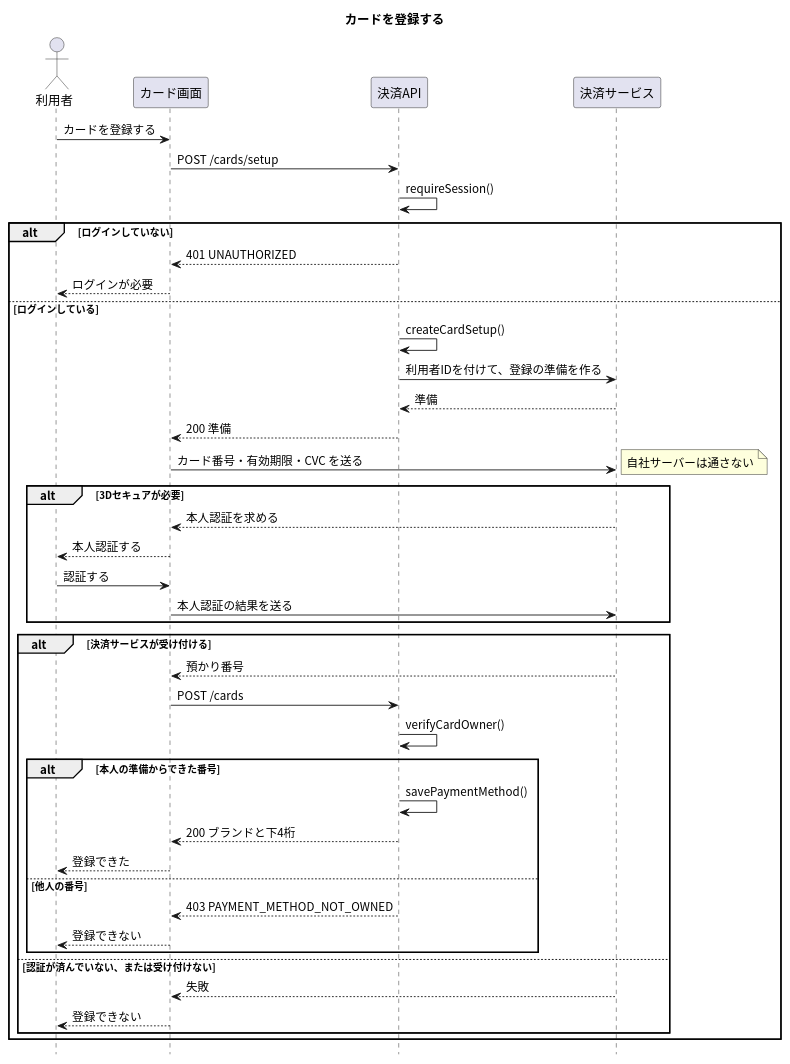
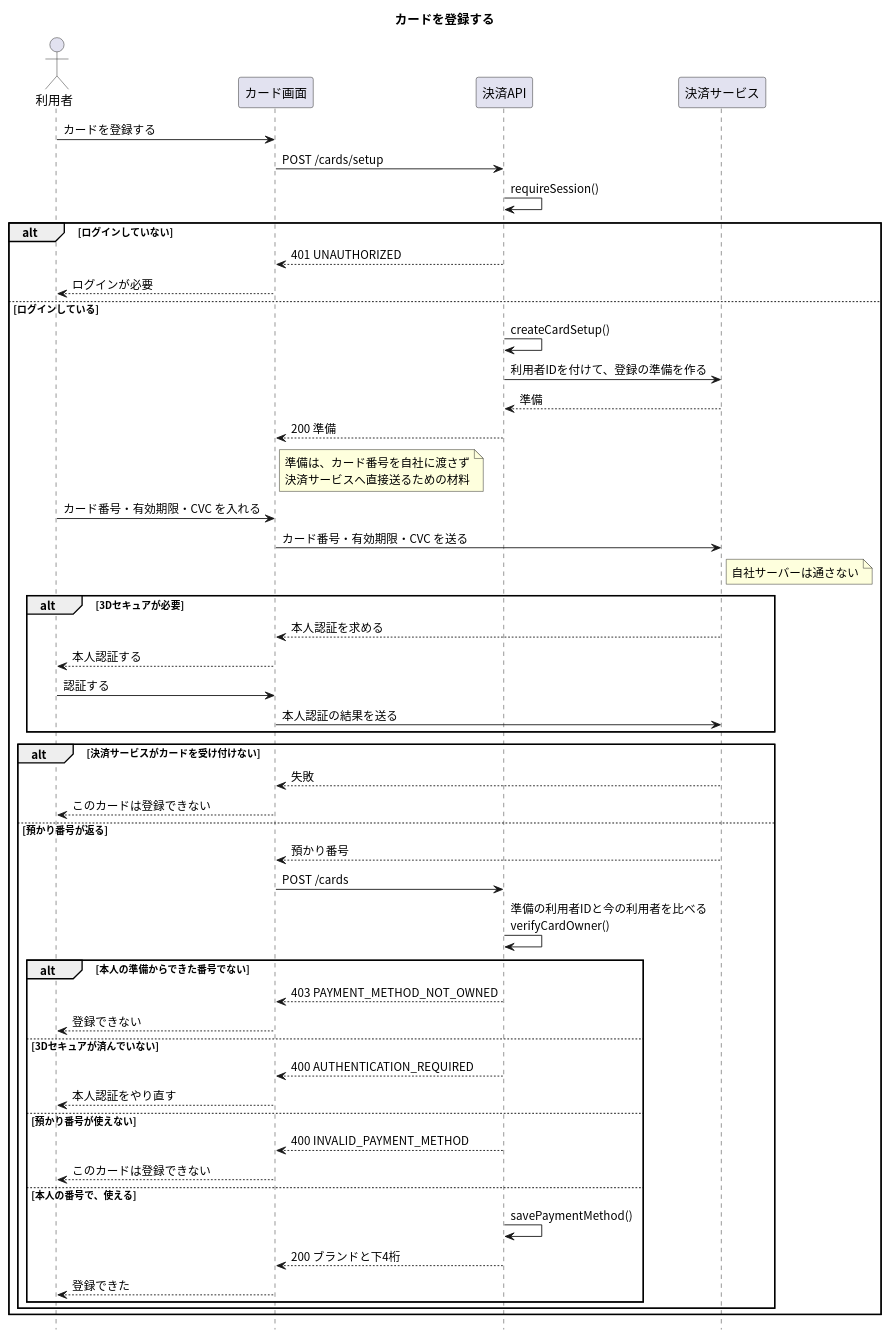
The diagram in apis/register-card/入口.puml (masamasamasato/design-doc-template), drawn with PlantUML before and after one commit. The commit also changed 109 other files, not shown here.

```diff
--- a/apis/register-card/入口.puml
+++ b/apis/register-card/入口.puml
@@ -1,50 +1,58 @@
 @startuml
 skinparam shadowing false
 skinparam defaultFontName "Noto Sans CJK JP"
 skinparam SequenceFontName "Noto Sans CJK JP"
 hide footbox
 
 title カードを登録する
 
 actor "利用者" as User
 participant "カード画面" as Screen
 participant "決済API" as API
 participant "決済サービス" as PSP
 
 User -> Screen : カードを登録する
 Screen -> API : POST /cards/setup
 API -> API : requireSession()
 alt ログインしていない
   API --> Screen : 401 UNAUTHORIZED
   Screen --> User : ログインが必要
 else ログインしている
   API -> API : createCardSetup()
   API -> PSP : 利用者IDを付けて、登録の準備を作る
   PSP --> API : 準備
   API --> Screen : 200 準備
+  note right of Screen : 準備は、カード番号を自社に渡さず\n決済サービスへ直接送るための材料
+  User -> Screen : カード番号・有効期限・CVC を入れる
   Screen -> PSP : カード番号・有効期限・CVC を送る
-  note right: 自社サーバーは通さない
+  note right of PSP : 自社サーバーは通さない
   alt 3Dセキュアが必要
     PSP --> Screen : 本人認証を求める
     Screen --> User : 本人認証する
     User -> Screen : 認証する
     Screen -> PSP : 本人認証の結果を送る
   end
-  alt 決済サービスが受け付ける
+  alt 決済サービスがカードを受け付けない
+    PSP --> Screen : 失敗
+    Screen --> User : このカードは登録できない
+  else 預かり番号が返る
     PSP --> Screen : 預かり番号
     Screen -> API : POST /cards
-    API -> API : verifyCardOwner()
-    alt 本人の準備からできた番号
+    API -> API : 準備の利用者IDと今の利用者を比べる\nverifyCardOwner()
+    alt 本人の準備からできた番号でない
+      API --> Screen : 403 PAYMENT_METHOD_NOT_OWNED
+      Screen --> User : 登録できない
+    else 3Dセキュアが済んでいない
+      API --> Screen : 400 AUTHENTICATION_REQUIRED
+      Screen --> User : 本人認証をやり直す
+    else 預かり番号が使えない
+      API --> Screen : 400 INVALID_PAYMENT_METHOD
+      Screen --> User : このカードは登録できない
+    else 本人の番号で、使える
       API -> API : savePaymentMethod()
       API --> Screen : 200 ブランドと下4桁
       Screen --> User : 登録できた
-    else 他人の番号
-      API --> Screen : 403 PAYMENT_METHOD_NOT_OWNED
-      Screen --> User : 登録できない
     end
-  else 認証が済んでいない、または受け付けない
-    PSP --> Screen : 失敗
-    Screen --> User : 登録できない
   end
 end
 @enduml
```
